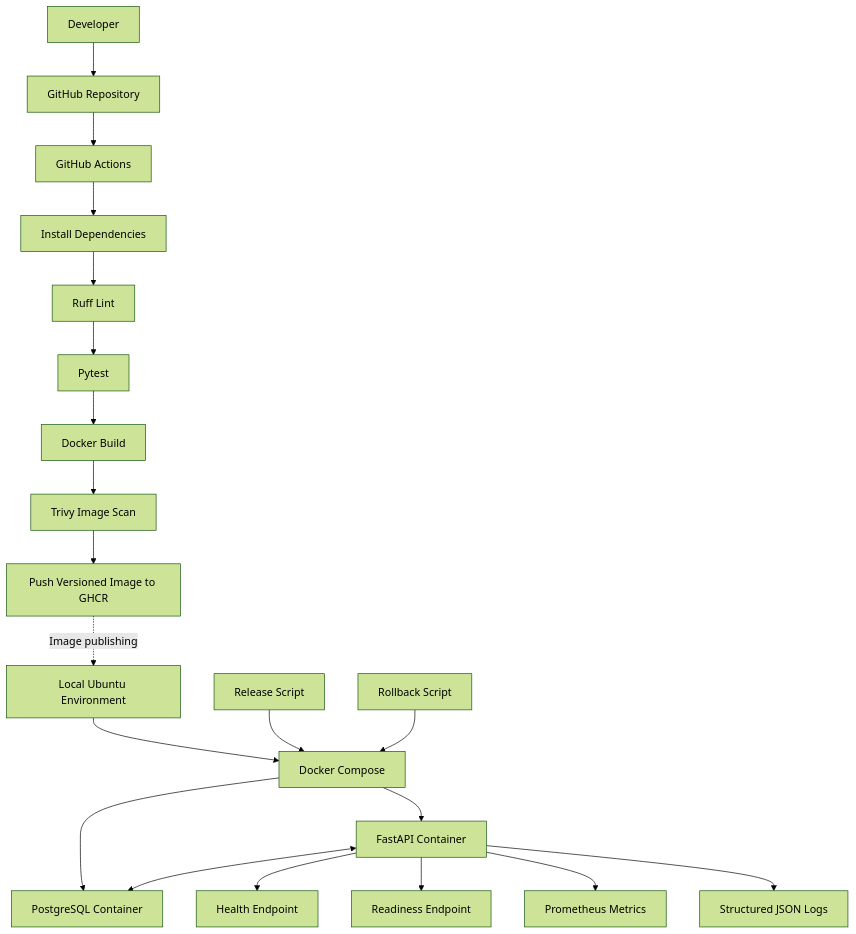
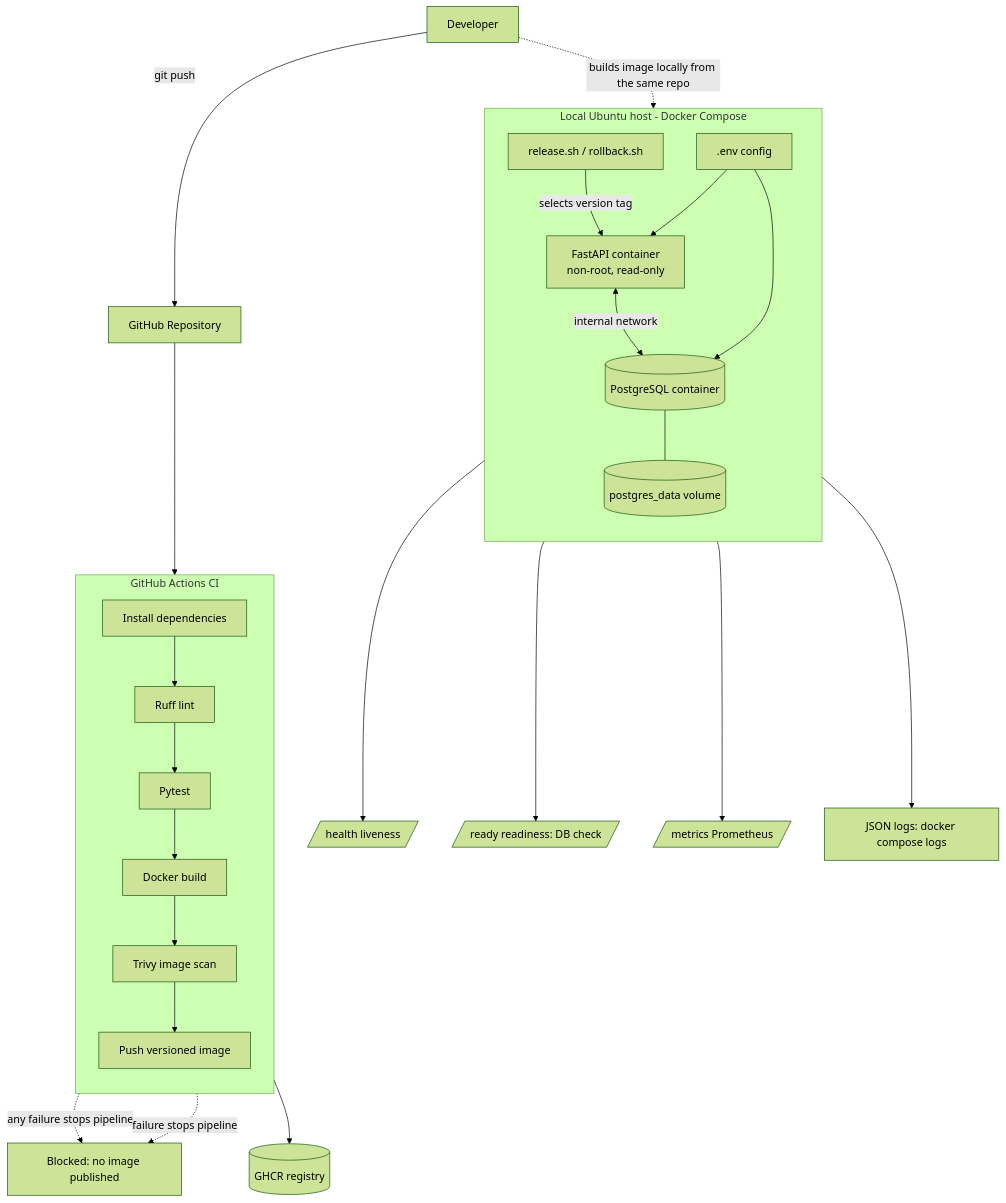
Before and after one commit to Mahendra0456/securerelease-api: the diagram in README.md, drawn with Mermaid (forest theme). The commit also changed other lines of this file, not shown here.

Commit message:
Revise README architecture and evidence sections
Updated architecture diagram and evidence sections with new formatting and image references.

````diff
--- a/README.md
+++ b/README.md
@@ -62,28 +62,34 @@
 ```mermaid
 flowchart TD
-    A[Developer] --> B[GitHub Repository]
-    B --> C[GitHub Actions]
+    DEV[Developer] -->|git push| GH[GitHub Repository]
+    GH --> CI
 
-    C --> D[Install Dependencies]
-    D --> E[Ruff Lint]
-    E --> F[Pytest]
-    F --> G[Docker Build]
-    G --> H[Trivy Image Scan]
-    H --> I[Push Versioned Image to GHCR]
+    subgraph CI[GitHub Actions CI]
+        direction TB
+        A[Install dependencies] --> B[Ruff lint]
+        B --> C[Pytest]
+        C --> D[Docker build]
+        D --> E[Trivy image scan]
+        E --> F[Push versioned image]
+    end
 
-    I -. Image publishing .-> J[Local Ubuntu Environment]
+    C -. any failure stops pipeline .-> X[Blocked: no image published]
+    E -. failure stops pipeline .-> X
+    F --> REG[(GHCR registry)]
 
-    J --> K[Docker Compose]
-    K --> L[FastAPI Container]
-    K --> M[PostgreSQL Container]
+    subgraph HOST[Local Ubuntu host - Docker Compose]
+        direction TB
+        REL[release.sh / rollback.sh] -->|selects version tag| API
+        ENV[.env config] --> API
+        ENV --> DB
+        API[FastAPI container<br/>non-root, read-only] <-->|internal network| DB[(PostgreSQL container)]
+        DB --- VOL[(postgres_data volume)]
+    end
 
-    L <--> M
+    DEV -. builds image locally from the same repo .-> REL
 
-    L --> N[Health Endpoint]
-    L --> O[Readiness Endpoint]
-    L --> P[Prometheus Metrics]
-    L --> Q[Structured JSON Logs]
-
-    R[Release Script] --> K
-    S[Rollback Script] --> K
+    API --> H[/health liveness/]
+    API --> R[/ready readiness: DB check/]
+    API --> M[/metrics Prometheus/]
+    API --> L[JSON logs: docker compose logs]
 ```
````
